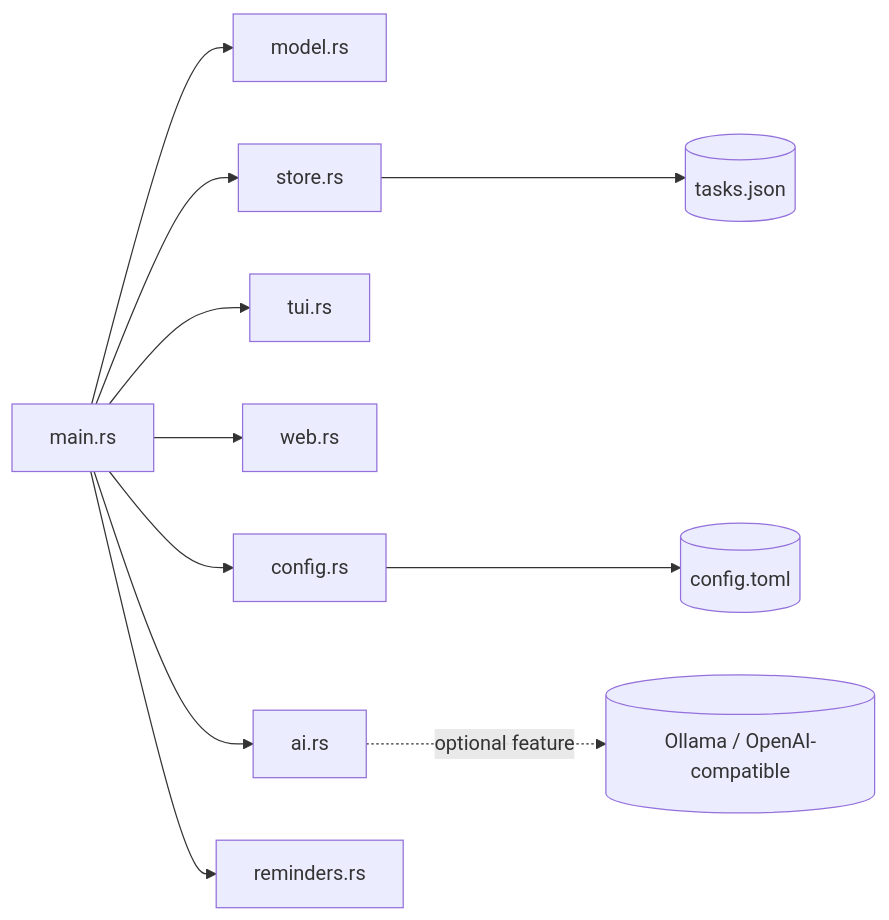
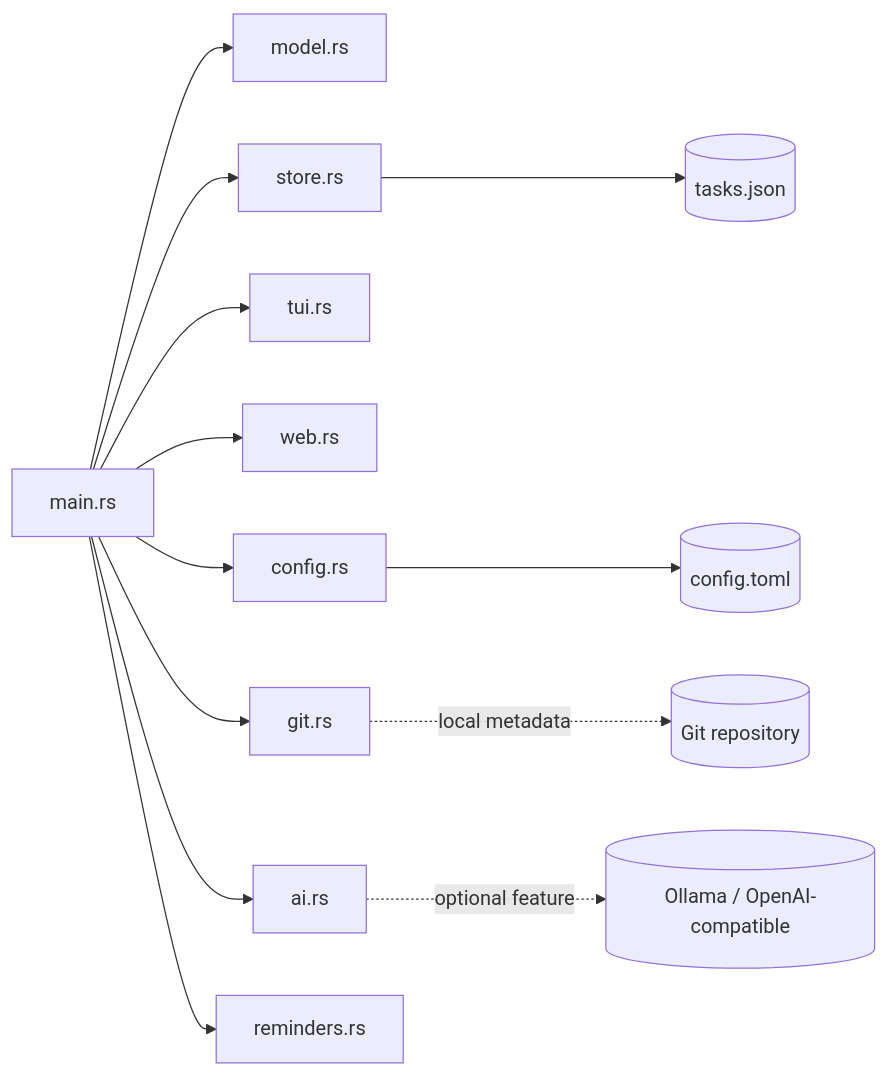
The diagram in docs/architecture.md (peekstore/tasklynx), drawn with Mermaid before and after one commit. The commit also changed other lines of this file and 16 other files, not shown here.

````diff
--- a/docs/architecture.md
+++ b/docs/architecture.md
@@ -23,13 +24,15 @@
 ```mermaid
 graph LR
   CLI[main.rs] --> Model[model.rs]
   CLI --> Store[store.rs]
   CLI --> TUI[tui.rs]
   CLI --> Web[web.rs]
   CLI --> Config[config.rs]
+  CLI --> Git[git.rs]
   CLI --> AI[ai.rs]
   CLI --> Reminders[reminders.rs]
+  Git -. local metadata .-> Repo[(Git repository)]
   Store --> JSON[(tasks.json)]
   Config --> TOML[(config.toml)]
   AI -. optional feature .-> Provider[(Ollama / OpenAI-compatible)]
 ```
````
